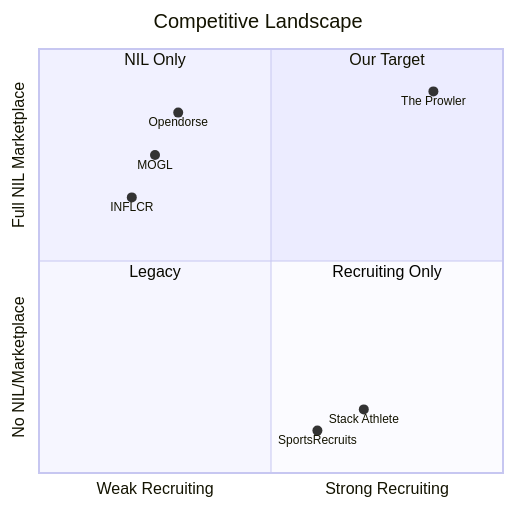
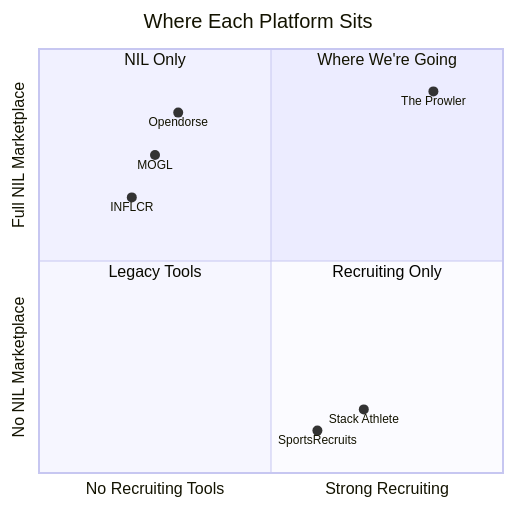
One commit to huttonbenj/The-Prowler changed the first of 13 diagrams in STRATEGY.md. Above: the diagram before and after it, drawn with Mermaid. The commit also changed other lines of this file and 1 other file, not shown here.

````diff
--- a/STRATEGY.md
+++ b/STRATEGY.md
@@ -44,16 +54,16 @@
 ```mermaid
 quadrantChart
-    title Competitive Landscape
-    x-axis "Weak Recruiting" --> "Strong Recruiting"
-    y-axis "No NIL/Marketplace" --> "Full NIL Marketplace"
-    quadrant-1 "Our Target"
+    title Where Each Platform Sits
+    x-axis "No Recruiting Tools" --> "Strong Recruiting"
+    y-axis "No NIL Marketplace" --> "Full NIL Marketplace"
+    quadrant-1 "Where We're Going"
     quadrant-2 "NIL Only"
-    quadrant-3 "Legacy"
+    quadrant-3 "Legacy Tools"
     quadrant-4 "Recruiting Only"
     Opendorse: [0.3, 0.85]
     MOGL: [0.25, 0.75]
     INFLCR: [0.2, 0.65]
     Stack Athlete: [0.7, 0.15]
     SportsRecruits: [0.6, 0.1]
     The Prowler: [0.85, 0.9]
 ```
````
